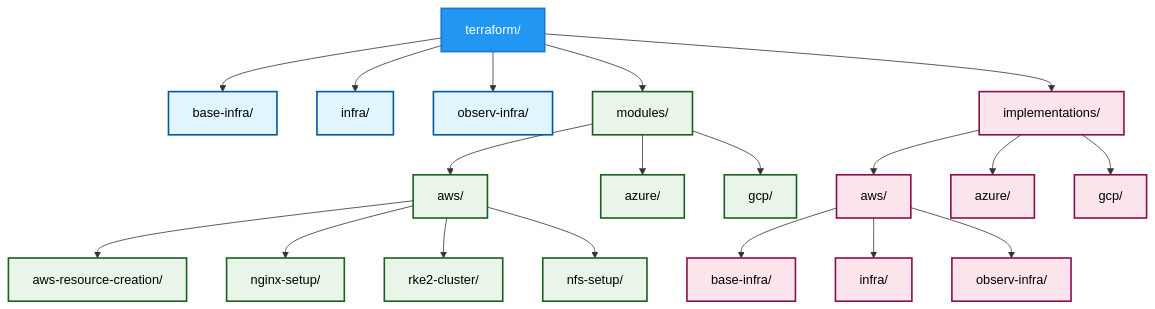
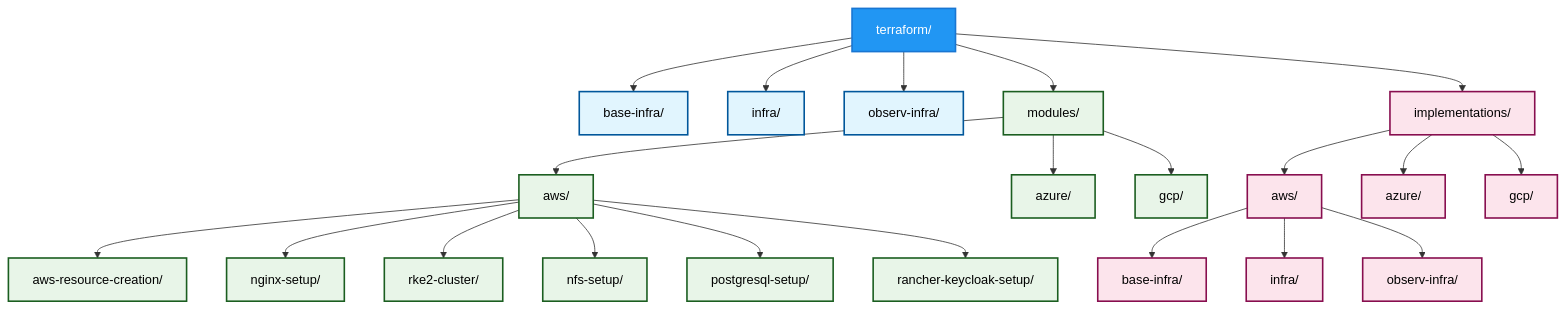
One commit to mosip/infra changed the second of 3 diagrams in terraform/README.md. Above: the diagram before and after it, drawn with Mermaid. The commit also changed other lines of this file and 18 other files, not shown here.

````diff
--- a/terraform/README.md
+++ b/terraform/README.md
@@ -90,35 +91,37 @@
 ```mermaid
 graph TD
     A["terraform/"] --> B["base-infra/"]
     A --> C["infra/"]
     A --> D["observ-infra/"]
     A --> E["modules/"]
     A --> F["implementations/"]
-    
+  
     E --> E1["aws/"]
     E --> E2["azure/"]
     E --> E3["gcp/"]
-    
-    E1 --> E1A["aws-resource-creation/"]
-    E1 --> E1B["nginx-setup/"]
-    E1 --> E1C["rke2-cluster/"]
-    E1 --> E1D["nfs-setup/"]
-    
-    F --> F1["aws/"]
+  
+  E1 --> E1A["aws-resource-creation/"]
+  E1 --> E1B["nginx-setup/"]
+  E1 --> E1C["rke2-cluster/"]
+  E1 --> E1D["nfs-setup/"]
+  E1 --> E1E["postgresql-setup/"]
+  E1 --> E1F["rancher-keycloak-setup/"]
+  
+  F --> F1["aws/"]
     F --> F2["azure/"]
     F --> F3["gcp/"]
-    
+  
     F1 --> F1A["base-infra/"]
     F1 --> F1B["infra/"]
     F1 --> F1C["observ-infra/"]
-    
+  
     classDef root fill:#2196F3,stroke:#1976D2,stroke-width:2px,color:#fff
     classDef component fill:#e1f5fe,stroke:#01579b,stroke-width:2px,color:#000000
     classDef modules fill:#e8f5e8,stroke:#1b5e20,stroke-width:2px,color:#000000
     classDef impl fill:#fce4ec,stroke:#880e4f,stroke-width:2px,color:#000000
-    
+  
     class A root
     class B,C,D component
-    class E,E1,E2,E3,E1A,E1B,E1C,E1D modules
+    class E,E1,E2,E3,E1A,E1B,E1C,E1D,E1E,E1F modules
     class F,F1,F2,F3,F1A,F1B,F1C impl
 ```
````
